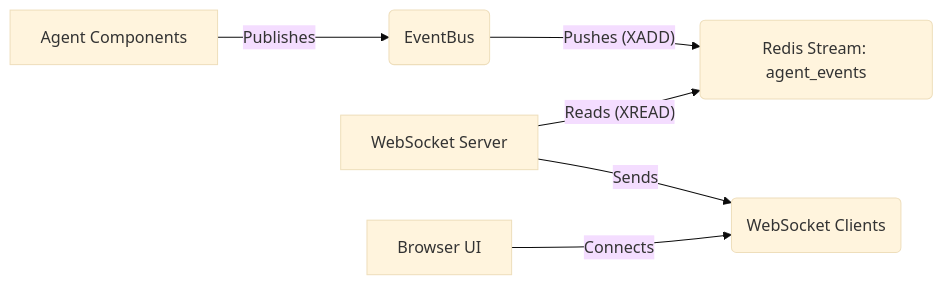
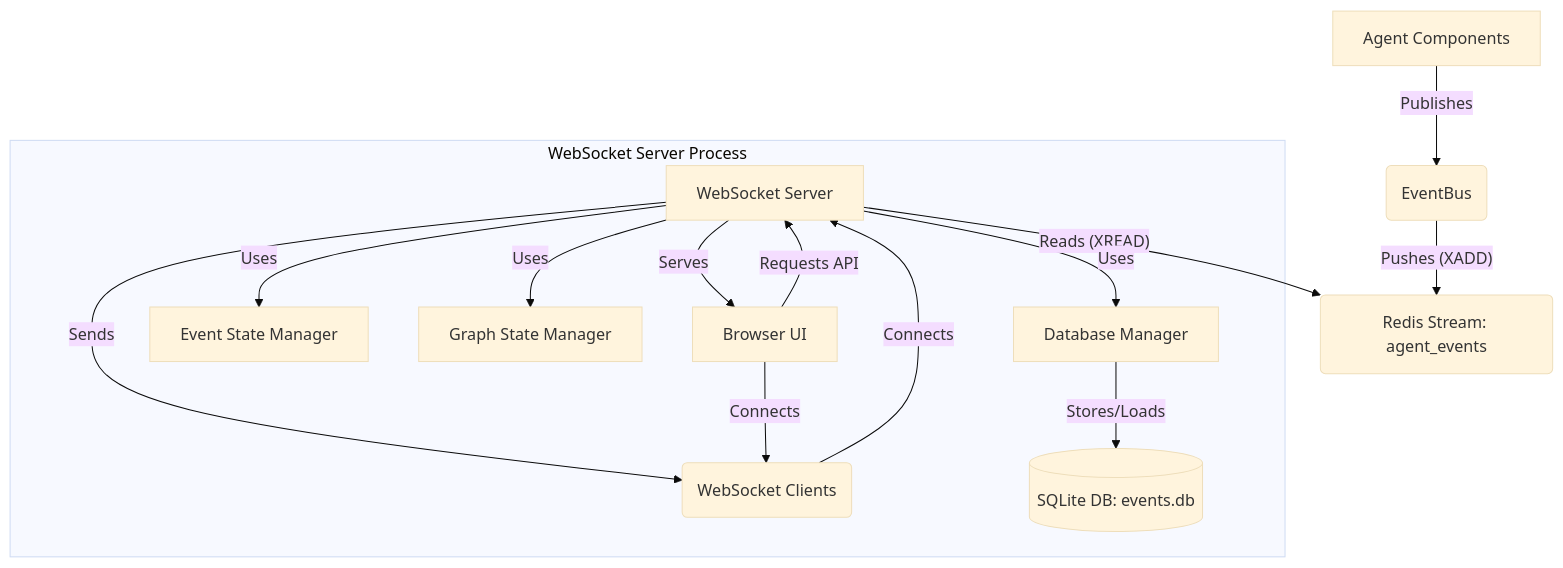
Before and after one commit to wesen/WriteHERE: the diagram in ttmp/2025-04-17/04-long-term-document--event-logging-system.md, drawn with Mermaid (base theme). The commit also changed other lines of this file, not shown here.

````diff
--- a/ttmp/2025-04-17/04-long-term-document--event-logging-system.md
+++ b/ttmp/2025-04-17/04-long-term-document--event-logging-system.md
@@ -15,8 +24,17 @@
 ```mermaid
-graph LR
-    A[Agent Components] -- Publishes --> B(EventBus);
-    B -- Pushes (XADD) --> C(Redis Stream: agent_events);
-    D[WebSocket Server] -- Reads (XREAD) --> C;
-    D -- Sends --> E(WebSocket Clients);
-    F[Browser UI] -- Connects --> E;
+graph TD
+    A[Agent Components] -- Publishes --> B(EventBus)
+    B -- Pushes (XADD) --> C(Redis Stream: agent_events)
+    D[WebSocket Server] -- Reads (XREAD) --> C
+    subgraph WebSocket Server Process
+        D -- Uses --> F[Database Manager]
+        D -- Uses --> G[Event State Manager]
+        D -- Uses --> H[Graph State Manager]
+        D -- Sends --> E(WebSocket Clients)
+        F -- Stores/Loads --> I[(SQLite DB: events.db)]
+        D -- Serves --> J[Browser UI]
+    end
+    E -- Connects --> D
+    J -- Connects --> E
+    J -- Requests API --> D
 ```
````
